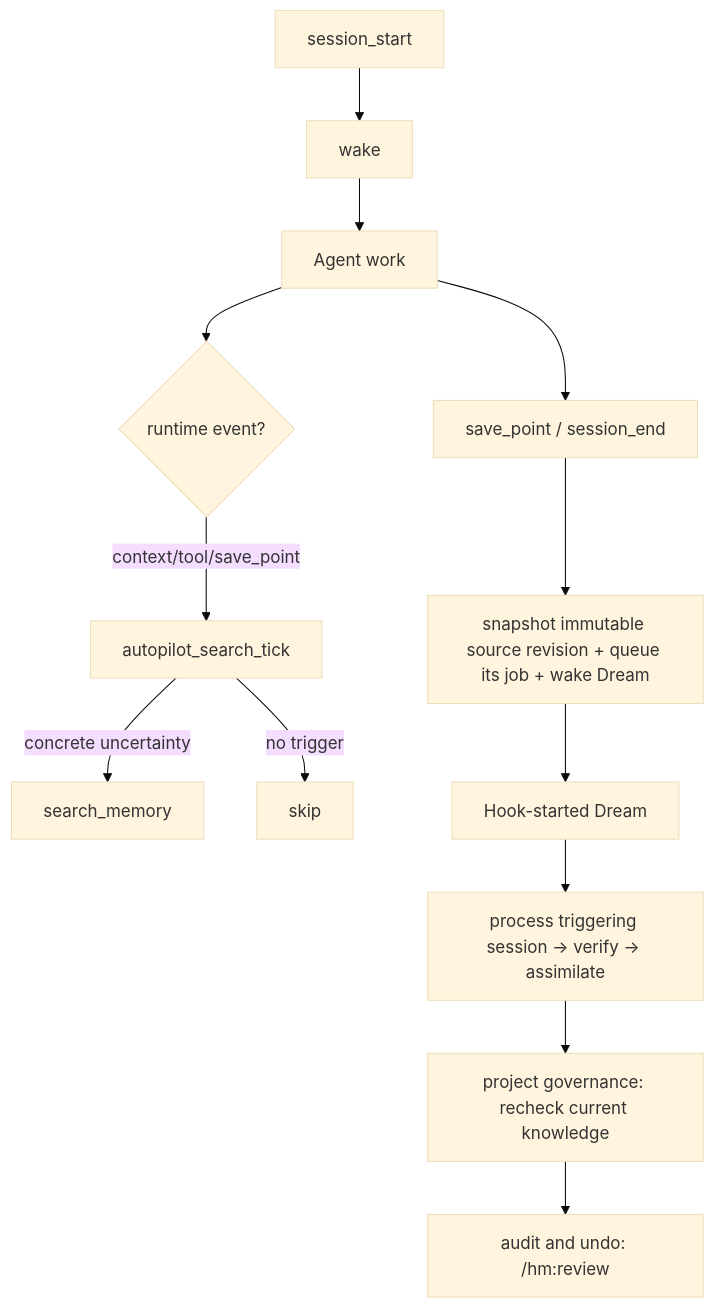
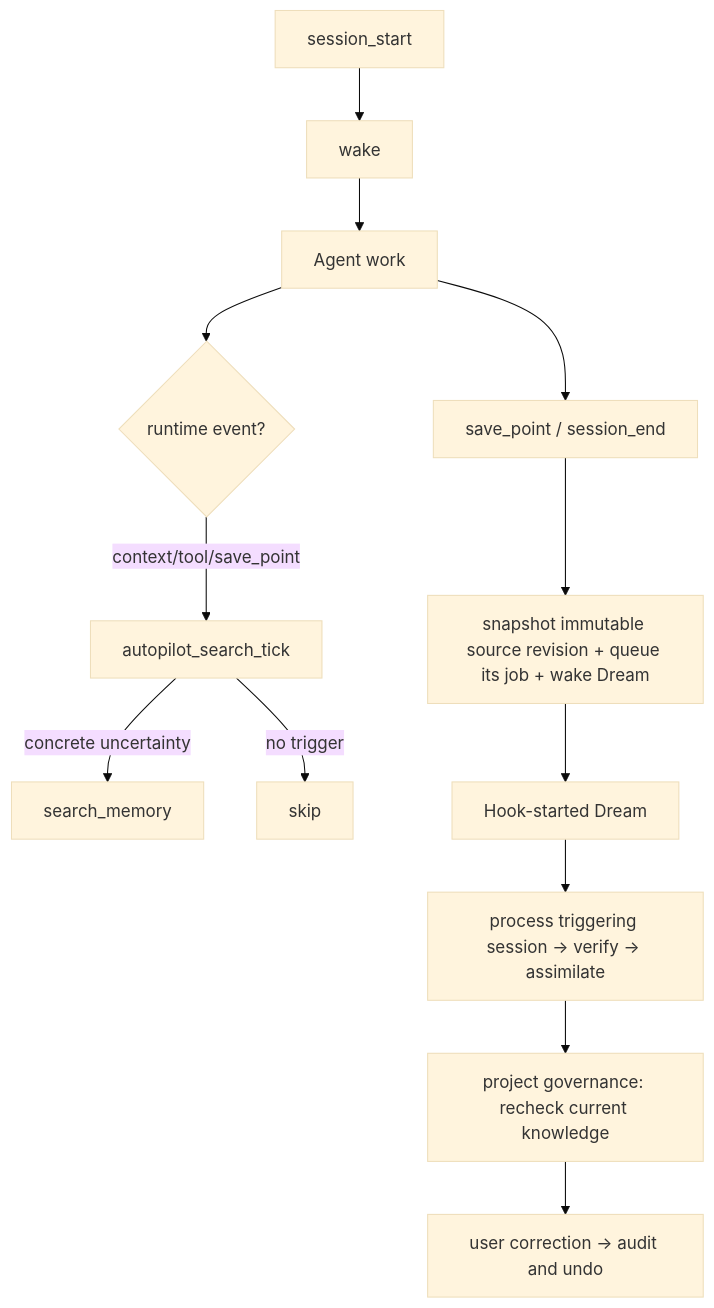
Before and after one commit to manhua-man/harness-mem: the diagram in docs/autopilot-search-policy.md, drawn with Mermaid (base theme). The commit also changed other lines of this file and 37 other files, not shown here.

````diff
--- a/docs/autopilot-search-policy.md
+++ b/docs/autopilot-search-policy.md
@@ -16,15 +18,15 @@
 ```mermaid
 graph TD
     A["session_start"] --> B["wake"]
     B --> C["Agent work"]
     C --> D{"runtime event?"}
     D -->|context/tool/save_point| E["autopilot_search_tick"]
     E -->|concrete uncertainty| F["search_memory"]
     E -->|no trigger| G["skip"]
     C --> H["save_point / session_end"]
     H --> I["snapshot immutable source revision + queue its job + wake Dream"]
     I --> J["Hook-started Dream"]
     J --> K["process triggering session -> verify -> assimilate"]
     K --> M["project governance: recheck current knowledge"]
-    M --> L["audit and undo: /hm:review"]
+    M --> L["user correction -> audit and undo"]
 ```
````
